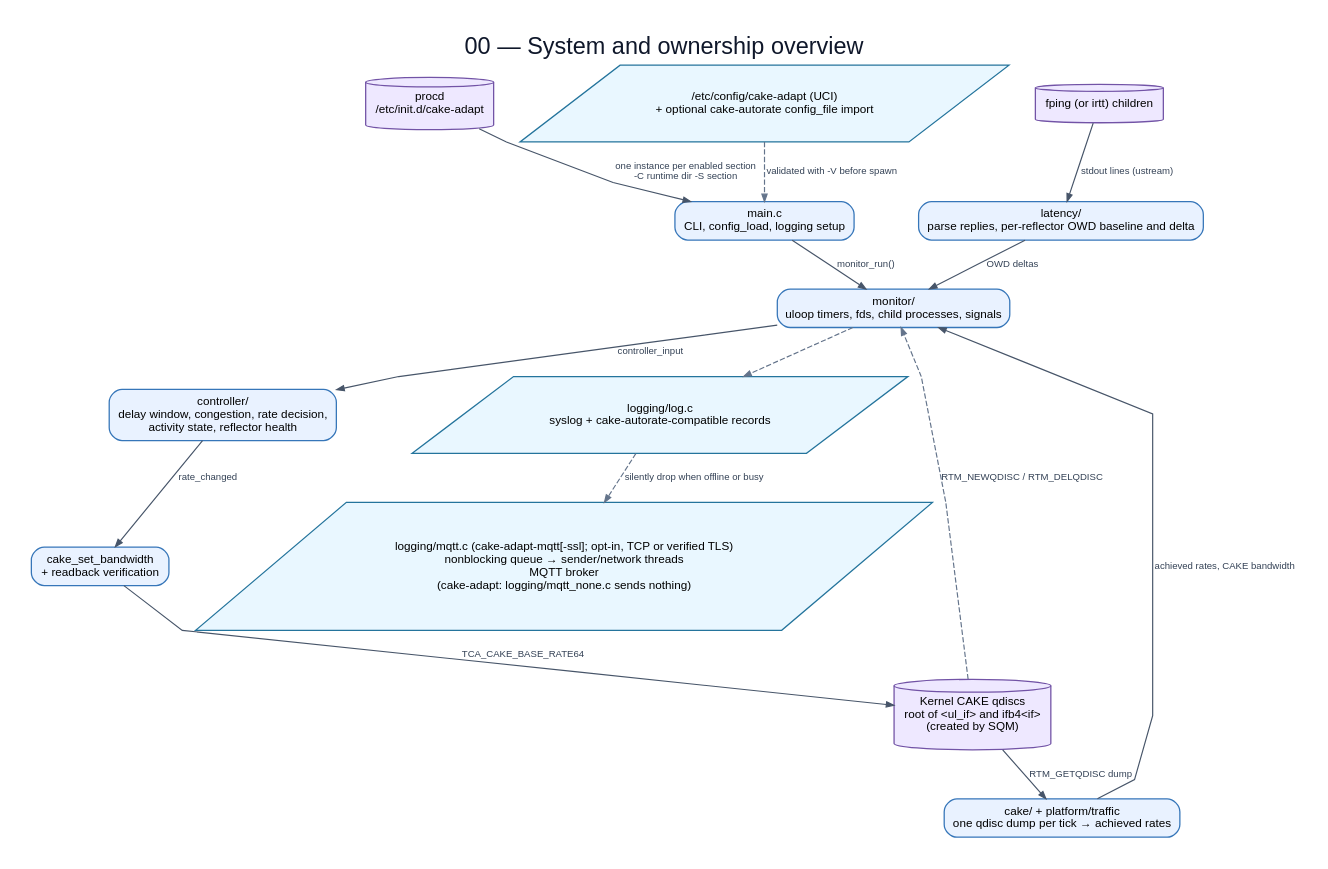
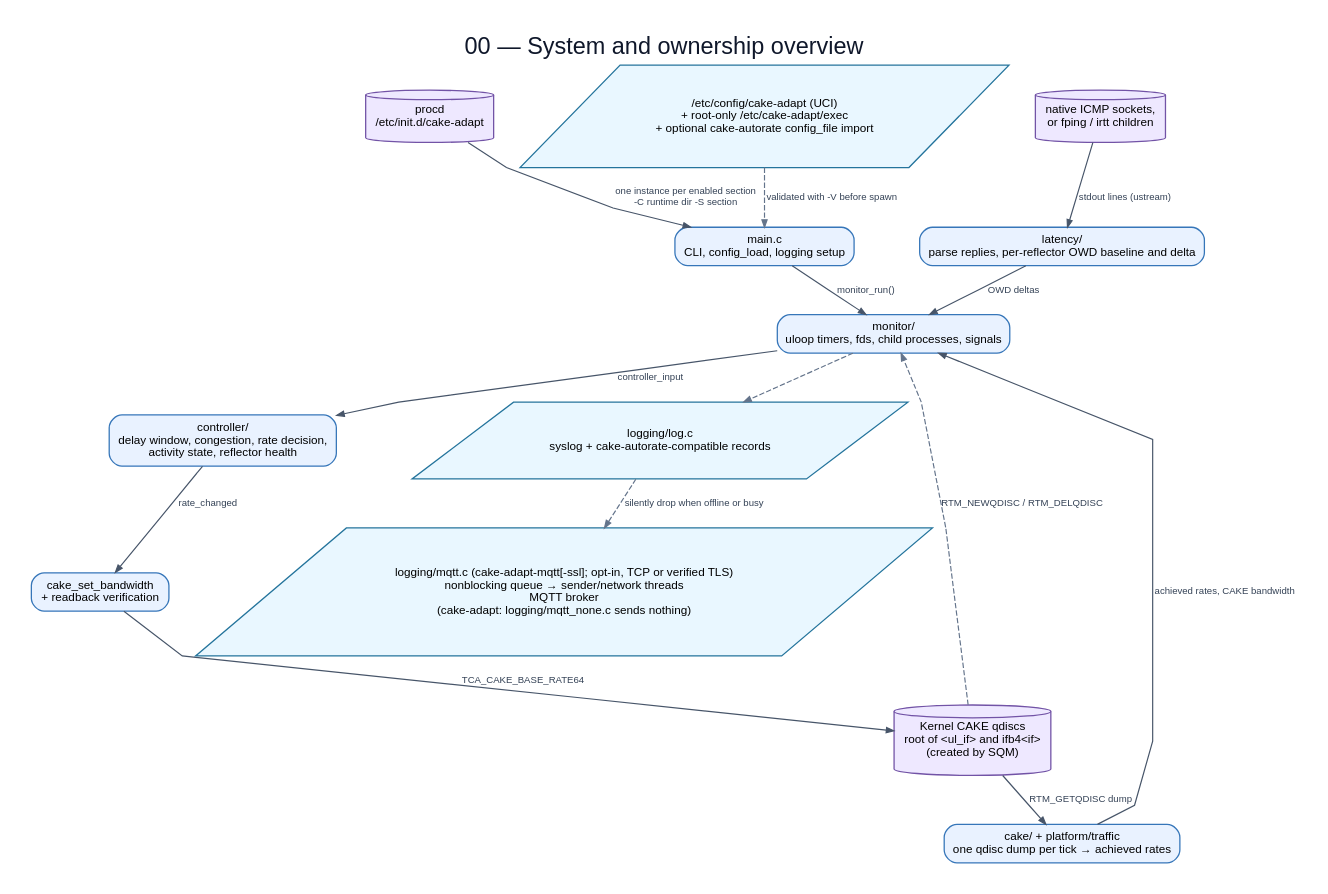
The diagram in flowchart/diagrams/00-system-overview.dot (huydoan94/cake-adapt), drawn with Graphviz before and after one commit. The commit also changed 14 other files, not shown here.

First line of the commit message:
docs: native default pinger, root-only exec file, logging thread

```diff
--- a/flowchart/diagrams/00-system-overview.dot
+++ b/flowchart/diagrams/00-system-overview.dot
@@ -1,30 +1,30 @@
 digraph G {
   graph [rankdir=TB,bgcolor="white",pad="0.30",nodesep="0.35",ranksep="0.48",splines=polyline,fontname="Arial",label="00 — System and ownership overview",labelloc=t,fontsize=22,fontcolor="#0f172a"];
   node [fontname="Arial",fontsize=11,margin="0.14,0.09",penwidth=1.2];
   edge [fontname="Arial",fontsize=9,color="#475569",fontcolor="#334155",arrowsize=0.7,penwidth=1.1];
   procd [label="procd\n/etc/init.d/cake-adapt",shape=cylinder,style="filled",fillcolor="#eee8ff",color="#7253a6"];
-  uci [label="/etc/config/cake-adapt (UCI)\n+ optional cake-autorate config_file import",shape=parallelogram,style="filled",fillcolor="#e9f7ff",color="#24749c"];
+  uci [label="/etc/config/cake-adapt (UCI)\n+ root-only /etc/cake-adapt/exec\n+ optional cake-autorate config_file import",shape=parallelogram,style="filled",fillcolor="#e9f7ff",color="#24749c"];
   main [label="main.c\nCLI, config_load, logging setup",shape=box,style="rounded,filled",fillcolor="#e9f2ff",color="#3676b9"];
   loop [label="monitor/\nuloop timers, fds, child processes, signals",shape=box,style="rounded,filled",fillcolor="#e9f2ff",color="#3676b9"];
-  pinger [label="fping (or irtt) children",shape=cylinder,style="filled",fillcolor="#eee8ff",color="#7253a6"];
+  pinger [label="native ICMP sockets,\nor fping / irtt children",shape=cylinder,style="filled",fillcolor="#eee8ff",color="#7253a6"];
   latency [label="latency/\nparse replies, per-reflector OWD baseline and delta",shape=box,style="rounded,filled",fillcolor="#e9f2ff",color="#3676b9"];
   observe [label="cake/ + platform/traffic\none qdisc dump per tick → achieved rates",shape=box,style="rounded,filled",fillcolor="#e9f2ff",color="#3676b9"];
   controller [label="controller/\ndelay window, congestion, rate decision,\nactivity state, reflector health",shape=box,style="rounded,filled",fillcolor="#e9f2ff",color="#3676b9"];
   apply [label="cake_set_bandwidth\n+ readback verification",shape=box,style="rounded,filled",fillcolor="#e9f2ff",color="#3676b9"];
   kernel [label="Kernel CAKE qdiscs\nroot of <ul_if> and ifb4<if>\n(created by SQM)",shape=cylinder,style="filled",fillcolor="#eee8ff",color="#7253a6"];
   log [label="logging/log.c\nsyslog + cake-autorate-compatible records",shape=parallelogram,style="filled",fillcolor="#e9f7ff",color="#24749c"];
   mqtt [label="logging/mqtt.c (cake-adapt-mqtt[-ssl]; opt-in, TCP or verified TLS)\nnonblocking queue → sender/network threads\nMQTT broker\n(cake-adapt: logging/mqtt_none.c sends nothing)",shape=parallelogram,style="filled",fillcolor="#e9f7ff",color="#24749c"];
   procd -> main [label="one instance per enabled section\n-C runtime dir -S section"];
   uci -> main [label="validated with -V before spawn",style=dashed,color="#64748b"];
   main -> loop [label="monitor_run()"];
   pinger -> latency [label="stdout lines (ustream)"];
   latency -> loop [label="OWD deltas"];
   kernel -> observe [label="RTM_GETQDISC dump"];
   observe -> loop [label="achieved rates, CAKE bandwidth"];
   kernel -> loop [label="RTM_NEWQDISC / RTM_DELQDISC",style=dashed,color="#64748b"];
   loop -> controller [label="controller_input"];
   controller -> apply [label="rate_changed"];
   apply -> kernel [label="TCA_CAKE_BASE_RATE64"];
   loop -> log [style=dashed,color="#64748b"];
   log -> mqtt [label="silently drop when offline or busy",style=dashed,color="#64748b"];
 }
```
